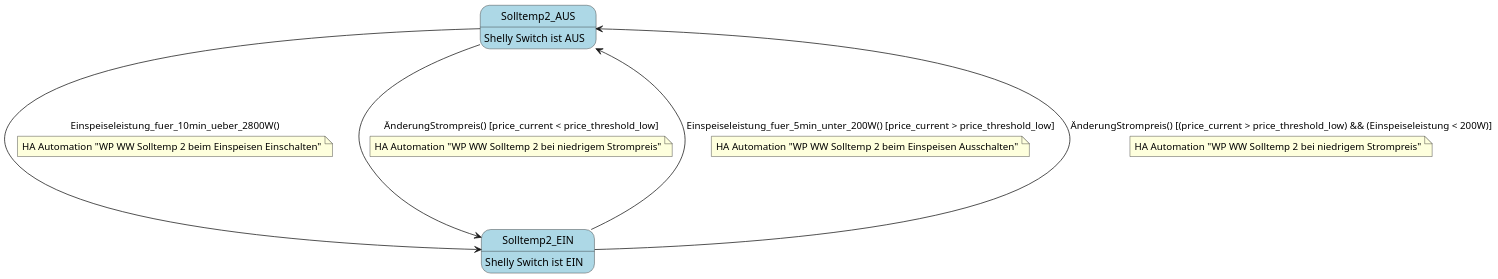
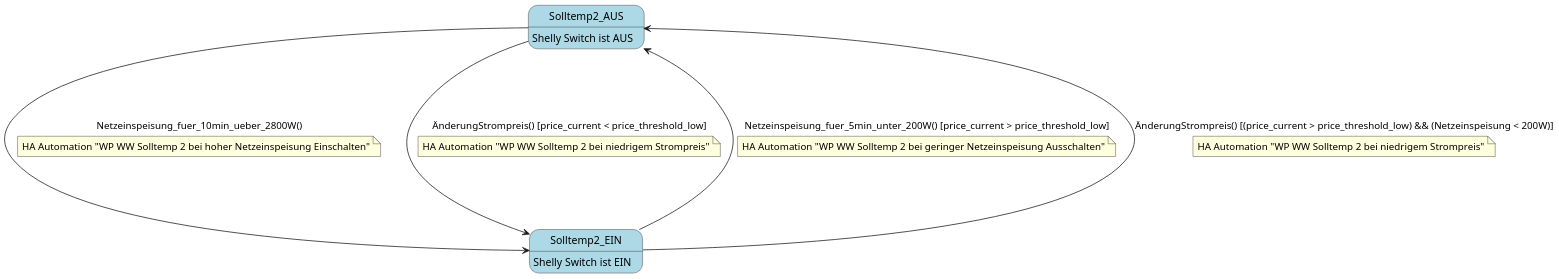
The diagram in config/automations_WP_Warmwasser.plantuml (hi-ko-bergmann/homeassistant-config), drawn with PlantUML before and after one commit. The commit also changed 2 other files, not shown here.

Commit message:
Varta Grid power will be used for automation and dashboard

```diff
--- a/config/automations_WP_Warmwasser.plantuml
+++ b/config/automations_WP_Warmwasser.plantuml
@@ -1,29 +1,29 @@
 @startuml
 scale 1.5
 skinparam state {
   FontSize 14
   BackgroundColor LightBlue
 }
 
 state Solltemp2_AUS : Shelly Switch ist AUS
 state Solltemp2_EIN : Shelly Switch ist EIN
 
 
-Solltemp2_AUS --down--> Solltemp2_EIN : Einspeiseleistung_fuer_10min_ueber_2800W()
+Solltemp2_AUS --down--> Solltemp2_EIN : Netzeinspeisung_fuer_10min_ueber_2800W()
 note on link 
-  HA Automation "WP WW Solltemp 2 beim Einspeisen Einschalten"
+  HA Automation "WP WW Solltemp 2 bei hoher Netzeinspeisung Einschalten"
 end note
 Solltemp2_AUS --down--> Solltemp2_EIN : ÄnderungStrompreis() [price_current < price_threshold_low]
 note on link 
   HA Automation "WP WW Solltemp 2 bei niedrigem Strompreis"
 end note
 
-Solltemp2_EIN --up--> Solltemp2_AUS : Einspeiseleistung_fuer_5min_unter_200W() [price_current > price_threshold_low]
+Solltemp2_EIN --up--> Solltemp2_AUS : Netzeinspeisung_fuer_5min_unter_200W() [price_current > price_threshold_low]
 note on link 
-  HA Automation "WP WW Solltemp 2 beim Einspeisen Ausschalten"
+  HA Automation "WP WW Solltemp 2 bei geringer Netzeinspeisung Ausschalten"
 end note
-Solltemp2_EIN --up--> Solltemp2_AUS : ÄnderungStrompreis() [(price_current > price_threshold_low) && (Einspeiseleistung < 200W)]
+Solltemp2_EIN --up--> Solltemp2_AUS : ÄnderungStrompreis() [(price_current > price_threshold_low) && (Netzeinspeisung < 200W)]
 note on link 
   HA Automation "WP WW Solltemp 2 bei niedrigem Strompreis"
 end note
 @enduml
```
